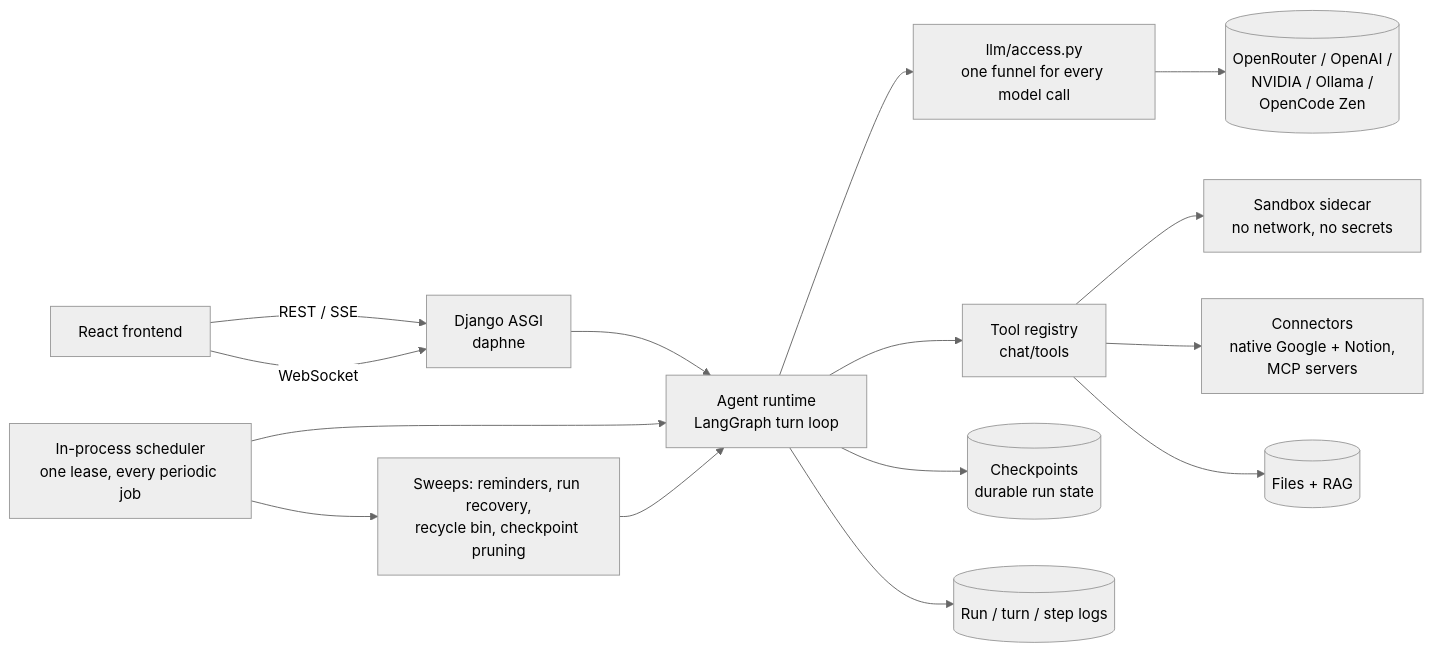
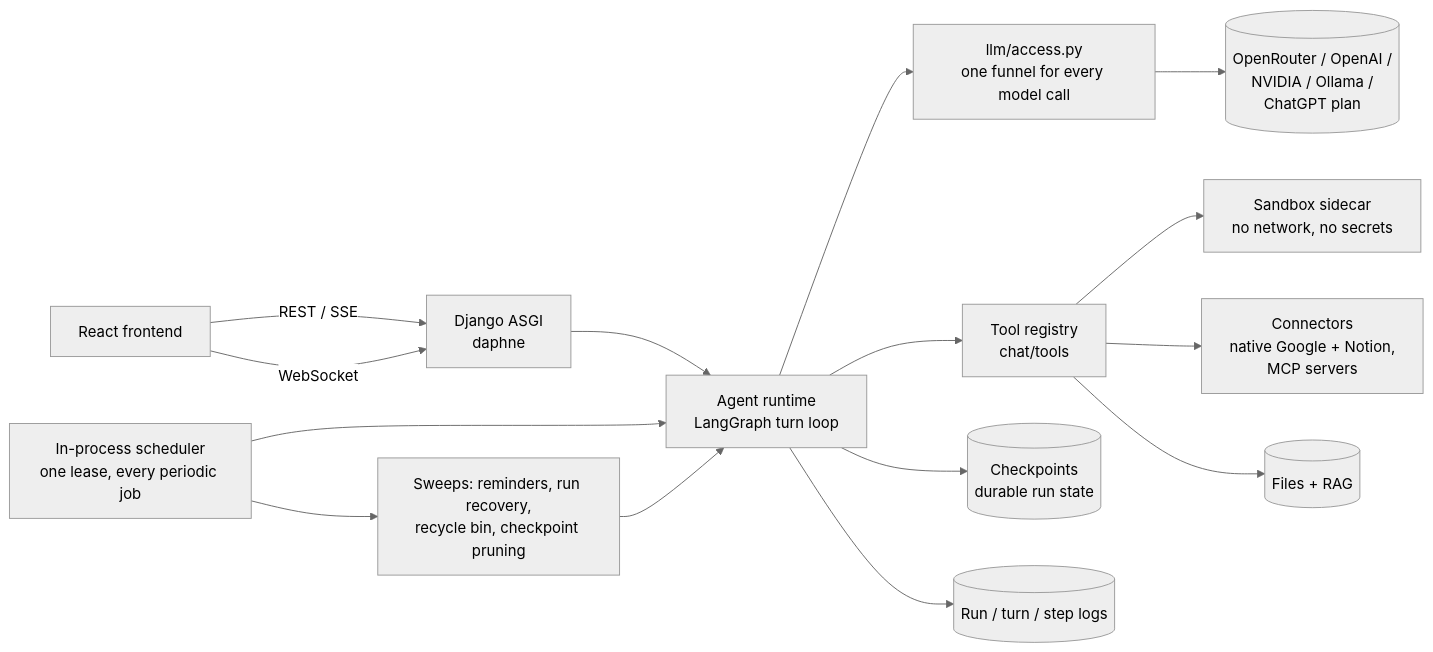
The diagram in Backend/README.md (KaushalJainAI/AIAAS), drawn with Mermaid (neutral theme) before and after one commit. The commit also changed 172 other files, not shown here.

First line of the commit message:
feat(chatgpt-plan, editor, storage): ChatGPT plan provider with responses handler, LaTeX editors and preview, quota and storage meter, share dialog, follow-turn helpers, plus chat turn/agent hardening

````diff
--- a/Backend/README.md
+++ b/Backend/README.md
@@ -39,17 +39,17 @@
 ```mermaid
 flowchart LR
     UI[React frontend] -- REST / SSE --> API[Django ASGI<br/>daphne]
     UI -- WebSocket --> API
     API --> RT[Agent runtime<br/>LangGraph turn loop]
     RT --> LLM[llm/access.py<br/>one funnel for every model call]
-    LLM --> P[(OpenRouter / OpenAI /<br/>NVIDIA / Ollama /<br/>OpenCode Zen)]
+    LLM --> P[(OpenRouter / OpenAI /<br/>NVIDIA / Ollama /<br/>ChatGPT plan)]
     RT --> T[Tool registry<br/>chat/tools]
     T --> SB[Sandbox sidecar<br/>no network, no secrets]
     T --> MCP[Connectors<br/>native Google + Notion,<br/>MCP servers]
     T --> KB[(Files + RAG)]
     RT --> CK[(Checkpoints<br/>durable run state)]
     RT --> LOG[(Run / turn / step logs)]
     SCH[In-process scheduler<br/>one lease, every periodic job] --> RT
     SCH --> SW[Sweeps: reminders, run recovery,<br/>recycle bin, checkpoint pruning]
     SW --> RT
 ```
````
